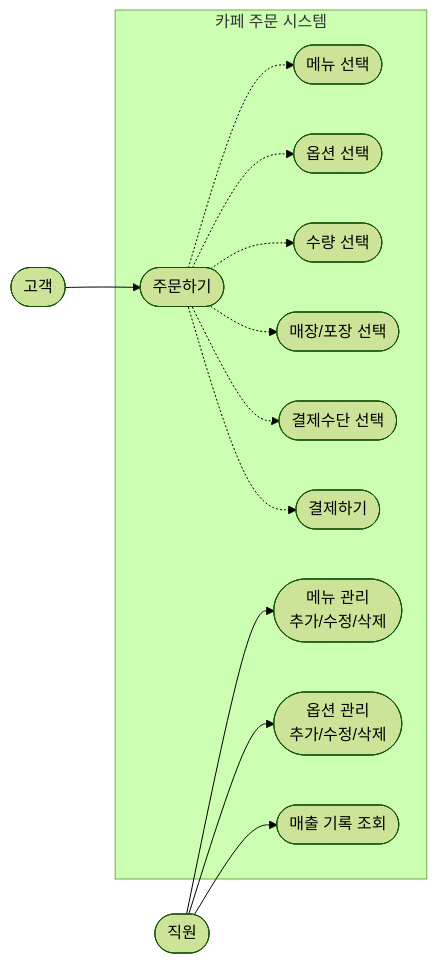
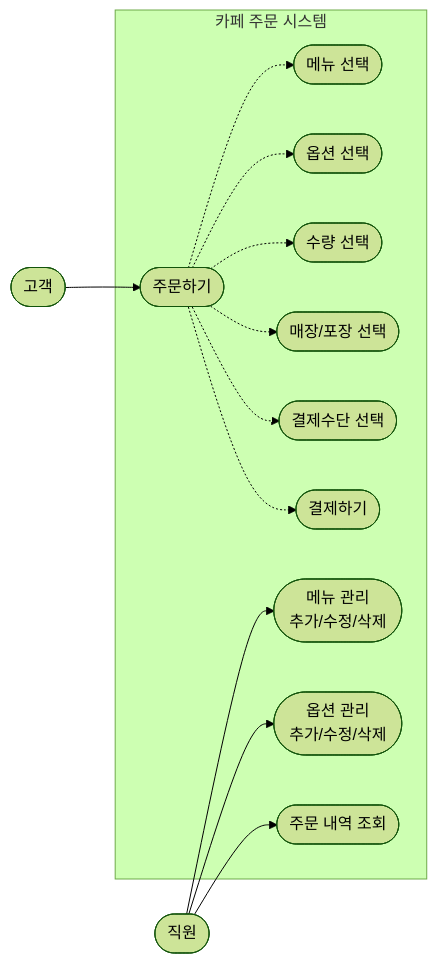
Before and after one commit to taeyoung-no/CafeOrderSystem: the diagram in README.md, drawn with Mermaid (forest theme).

Commit message:
유스케이스 다이어그램 수정

````diff
--- a/README.md
+++ b/README.md
@@ -20,37 +20,37 @@
 ```mermaid
 flowchart LR
   %% 액터
   Customer(["고객"])
   Staff(["직원"])
 
   %% 시스템 경계
   subgraph SYS["카페 주문 시스템"]
     %% 고객 유스케이스
     UC_Order(["주문하기"])
     UC_SelectMenu(["메뉴 선택"])
     UC_SelectOption(["옵션 선택"])
     UC_SelectQuantity(["수량 선택"])
     UC_SelectDineType(["매장/포장 선택"])
     UC_SelectPayment(["결제수단 선택"])
     UC_Pay(["결제하기"])
 
     %% 직원 유스케이스
     UC_ManageMenu(["메뉴 관리\n추가/수정/삭제"])
     UC_ManageOption(["옵션 관리\n추가/수정/삭제"])
-    UC_ViewSales(["매출 기록 조회"])
+    UC_ViewSales(["주문 내역 조회"])
   end
 
   %% 액터 → 유스케이스
   Customer --> UC_Order
   Staff --> UC_ManageMenu
   Staff --> UC_ManageOption
   Staff --> UC_ViewSales
 
   %% include 관계
   UC_Order -.-> UC_SelectMenu
   UC_Order -.-> UC_SelectOption
   UC_Order -.-> UC_SelectQuantity
   UC_Order -.-> UC_SelectDineType
   UC_Order -.-> UC_SelectPayment
   UC_Order -.-> UC_Pay
 ```
````
